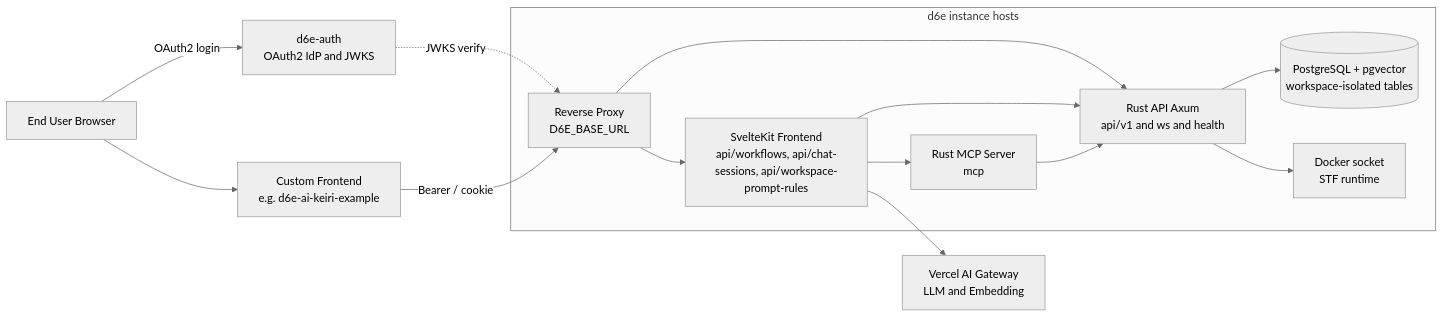
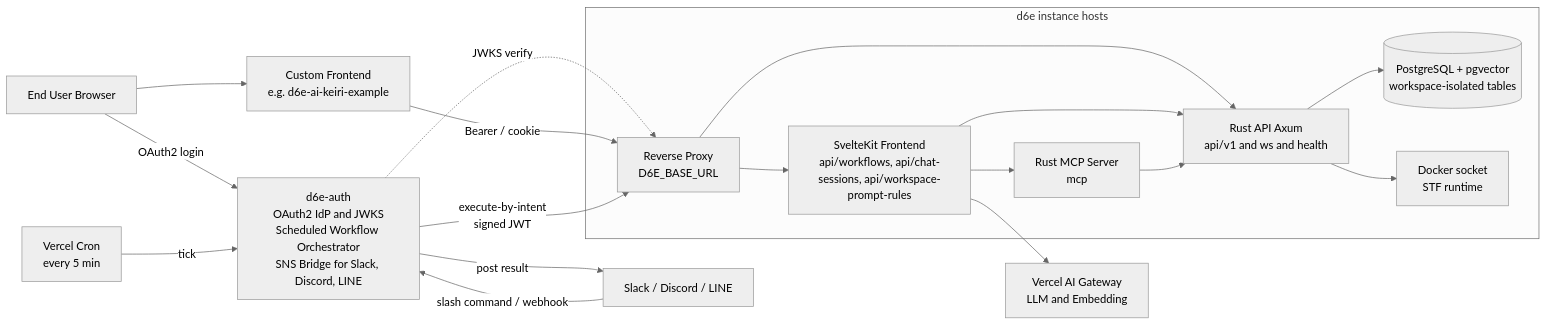
The first of 2 diagrams in docs/d6e-overview-ja.md (d6e-ai/d6e-ai-keiri-example), drawn with Mermaid (neutral theme) before and after one commit. The commit also changed other lines of this file, not shown here.

````diff
--- a/docs/d6e-overview-ja.md
+++ b/docs/d6e-overview-ja.md
@@ -29,31 +29,38 @@
 ```mermaid
 flowchart LR
     EndUser[End User Browser]
-    Auth[d6e-auth<br/>OAuth2 IdP and JWKS]
+    Auth[d6e-auth<br/>OAuth2 IdP and JWKS<br/>Scheduled Workflow Orchestrator<br/>SNS Bridge for Slack, Discord, LINE]
     Gateway[Vercel AI Gateway<br/>LLM and Embedding]
+    VercelCron[Vercel Cron<br/>every 5 min]
+    SNS[Slack / Discord / LINE]
 
     subgraph instance [d6e instance hosts]
         Proxy[Reverse Proxy<br/>D6E_BASE_URL]
         Frontend[SvelteKit Frontend<br/>api/workflows, api/chat-sessions, api/workspace-prompt-rules]
         ApiServer[Rust API Axum<br/>api/v1 and ws and health]
         Mcp[Rust MCP Server<br/>mcp]
         DB[(PostgreSQL + pgvector<br/>workspace-isolated tables)]
         DockerSock[Docker socket<br/>STF runtime]
     end
 
     CustomFE[Custom Frontend<br/>e.g. d6e-ai-keiri-example]
 
     EndUser --> CustomFE
     EndUser -- "OAuth2 login" --> Auth
     Auth -. "JWKS verify" .-> Proxy
     CustomFE -- "Bearer / cookie" --> Proxy
 
+    VercelCron -- "tick" --> Auth
+    SNS -- "slash command / webhook" --> Auth
+    Auth -- "execute-by-intent<br/>signed JWT" --> Proxy
+    Auth -- "post result" --> SNS
+
     Proxy --> Frontend
     Proxy --> ApiServer
     ApiServer --> DB
     ApiServer --> DockerSock
     Frontend --> ApiServer
     Frontend --> Mcp
     Frontend --> Gateway
     Mcp --> ApiServer
 ```
````
